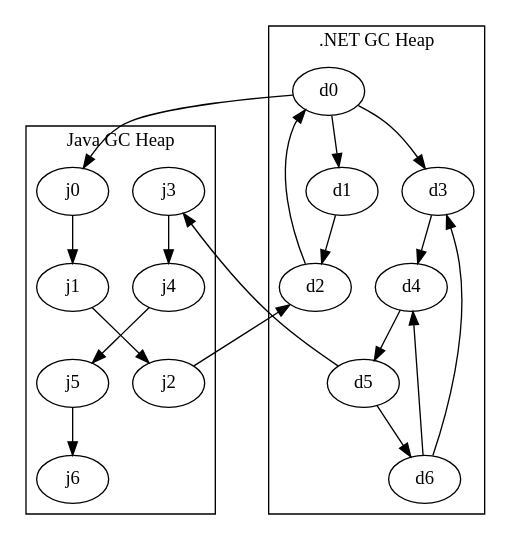
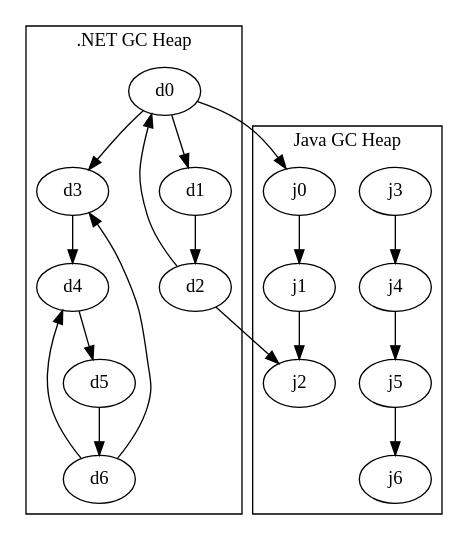
Before and after one commit to AustinWise/austinwise.github.com: the diagram in input/images/gc-handle-2/heap1.gv, drawn with Graphviz. The commit also changed 8 other files, not shown here.

```diff
--- a/input/images/gc-handle-2/heap1.gv
+++ b/input/images/gc-handle-2/heap1.gv
@@ -1,19 +1,18 @@
 digraph G {
     subgraph cluster_0 {
         d0 -> d1 -> d2 -> d0;
         d3 -> d4 -> d5 -> d6 -> d3;
         d6 -> d4;
         d0 -> d3;
         label = ".NET GC Heap";
     }
 
     subgraph cluster_1 {
         j0 -> j1 -> j2;
         j3 -> j4 -> j5 -> j6;
         label = "Java GC Heap";
     }
+
     d0 -> j0;
-    j2 -> d2;
-
-    d5 -> j3;
+    d2 -> j2;
 }
```
